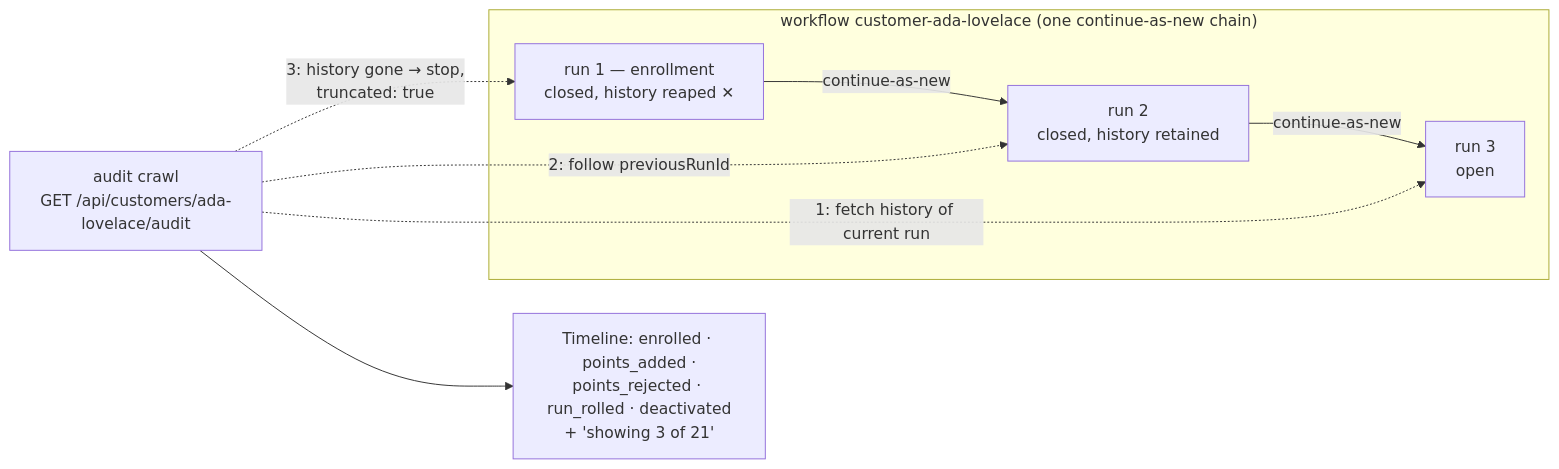
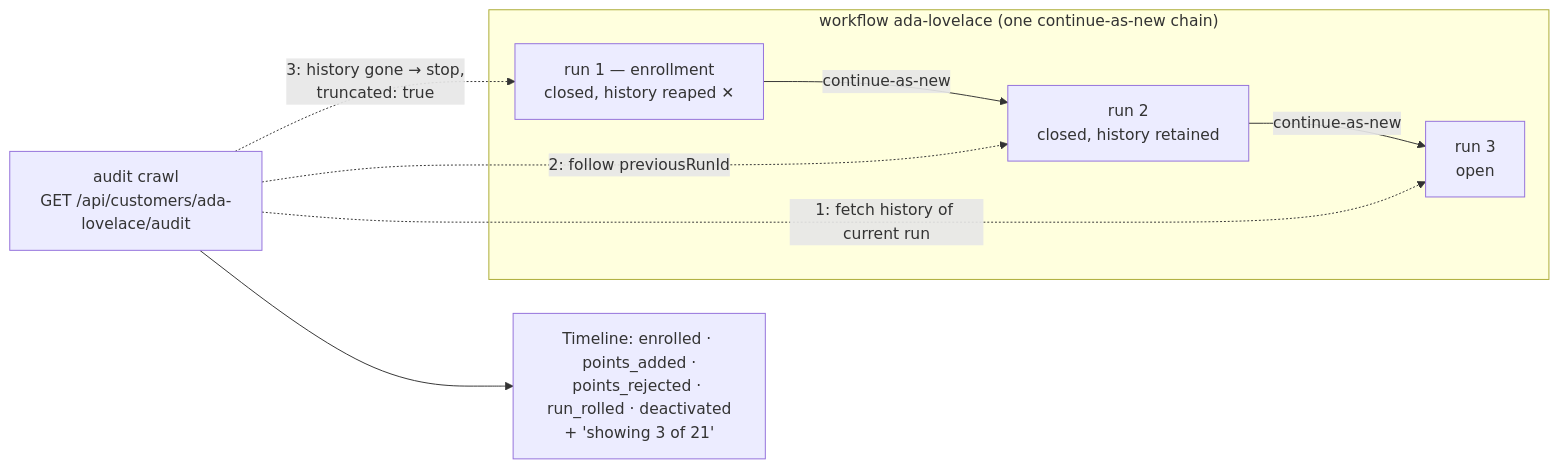
Before and after one commit to anthonywittig/rewards-poc: the fourth of 4 diagrams in docs/architecture.md, drawn with Mermaid. The commit also changed 4 other files, not shown here.

Commit message:
Drop the customer- prefix from workflow IDs (#112)

````diff
--- a/docs/architecture.md
+++ b/docs/architecture.md
@@ -130,17 +130,17 @@
 ```mermaid
 flowchart LR
-    subgraph chain["workflow customer-ada-lovelace (one continue-as-new chain)"]
+    subgraph chain["workflow ada-lovelace (one continue-as-new chain)"]
         r1["run 1 — enrollment\nclosed, history reaped ✕"]
         r2["run 2\nclosed, history retained"]
         r3["run 3\nopen"]
         r1 -->|continue-as-new| r2 -->|continue-as-new| r3
     end
 
     crawl["audit crawl\nGET /api/customers/ada-lovelace/audit"]
     crawl -.->|"1: fetch history of current run"| r3
     crawl -.->|"2: follow previousRunId"| r2
     crawl -.->|"3: history gone → stop,\ntruncated: true"| r1
 
     timeline["Timeline: enrolled · points_added ·\npoints_rejected · run_rolled · deactivated\n+ 'showing 3 of 21'"]
     crawl --> timeline
 ```
````
